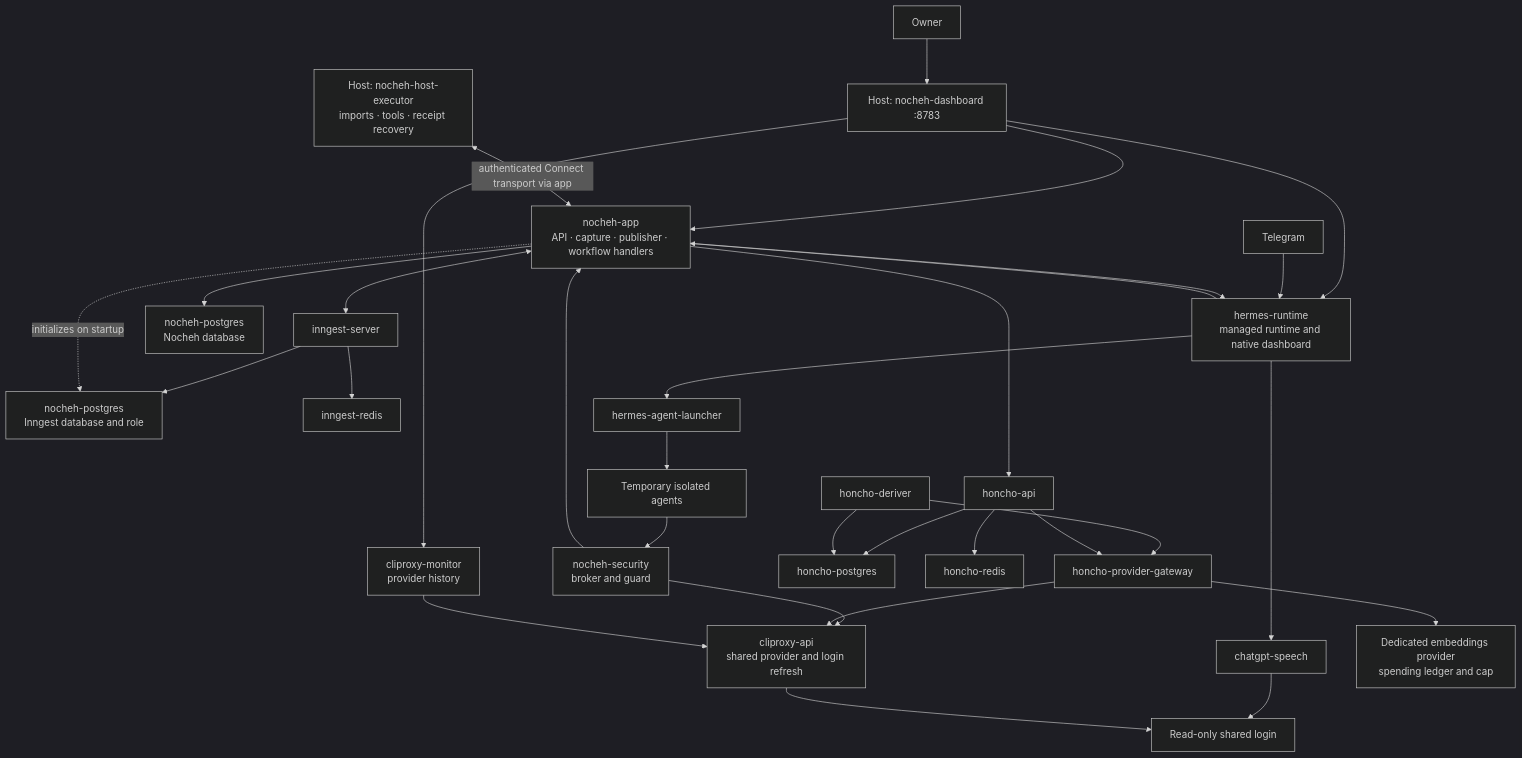
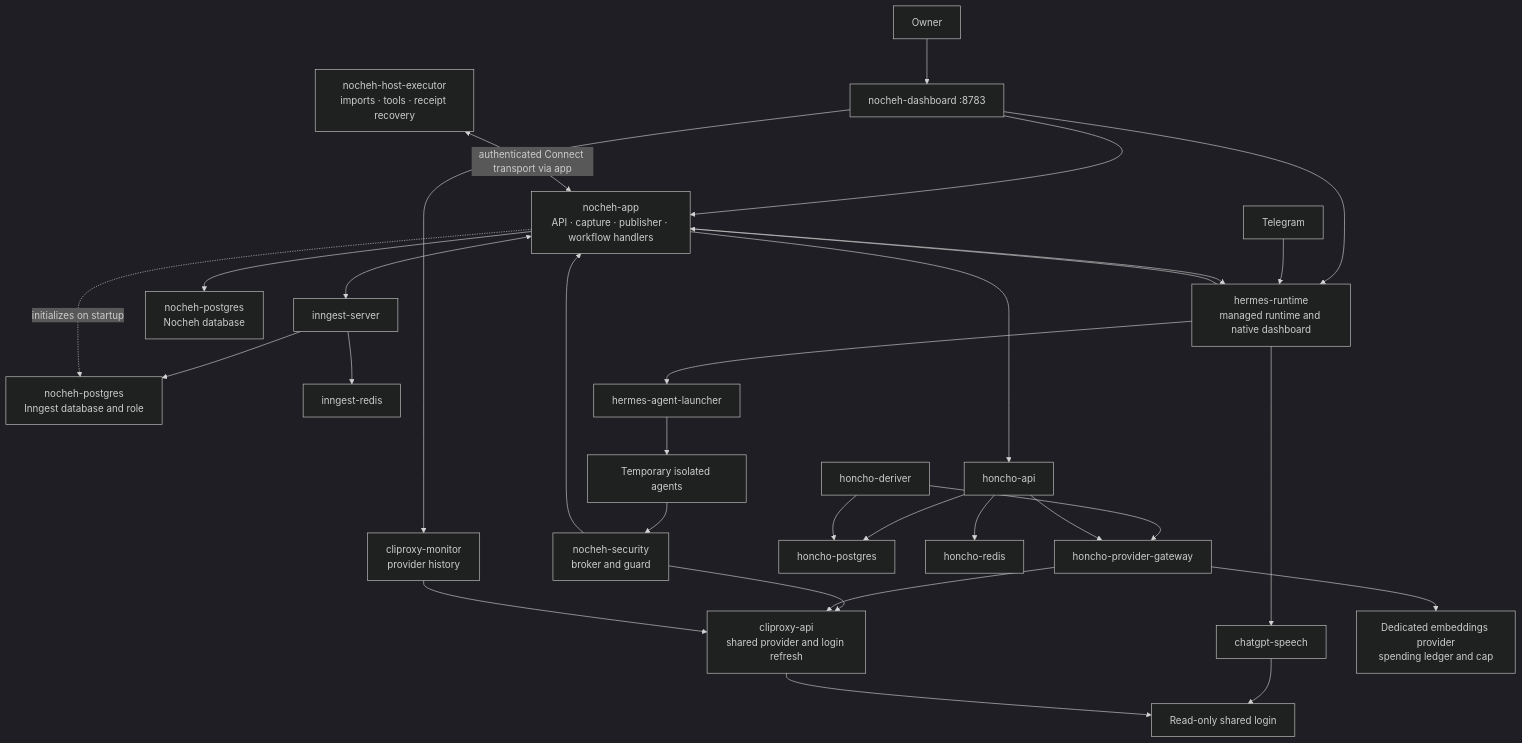
Before and after one commit to devbymak/nocheh: the diagram in docs/services.md, drawn with Mermaid (dark theme). The commit also changed other lines of this file and 36 other files, not shown here.

First line of the commit message:
Move the dashboard and executor into Docker

````diff
--- a/docs/services.md
+++ b/docs/services.md
@@ -45,33 +46,33 @@
 ```mermaid
 flowchart TB
-    Owner[Owner] --> Dashboard[Host: nocheh-dashboard :8783]
+    Owner[Owner] --> Dashboard[nocheh-dashboard :8783]
     Dashboard --> App[nocheh-app\nAPI · capture · publisher · workflow handlers]
     Dashboard --> Hermes[hermes-runtime\nmanaged runtime and native dashboard]
     Dashboard --> Monitor[cliproxy-monitor\nprovider history]
     Telegram[Telegram] --> Hermes
     Hermes --> App
     App --> PG[nocheh-postgres\nNocheh database]
     App <--> Engine[inngest-server]
-    Host[Host: nocheh-host-executor\nimports · tools · receipt recovery] <-->|authenticated Connect transport via app| App
+    Host[nocheh-host-executor\nimports · tools · receipt recovery] <-->|authenticated Connect transport via app| App
     Engine --> EngineDB[nocheh-postgres\nInngest database and role]
     App -.->|initializes on startup| EngineDB
     Engine --> Queue[inngest-redis]
     App --> Hermes
     Hermes --> Launcher[hermes-agent-launcher]
     Launcher --> Agents[Temporary isolated agents]
     Agents --> Security[nocheh-security\nbroker and guard]
     Security --> App
     Security --> Provider[cliproxy-api\nshared provider and login refresh]
     Hermes --> Speech[chatgpt-speech]
     Speech --> Login[Read-only shared login]
     Provider --> Login
     App --> Memory[honcho-api]
     Memory --> MemoryDB[honcho-postgres]
     Deriver[honcho-deriver] --> MemoryDB
     Memory --> Cache[honcho-redis]
     Deriver --> Gateway[honcho-provider-gateway]
     Memory --> Gateway
     Gateway --> Provider
     Gateway --> Embeddings[Dedicated embeddings provider\nspending ledger and cap]
     Monitor --> Provider
 ```
````
